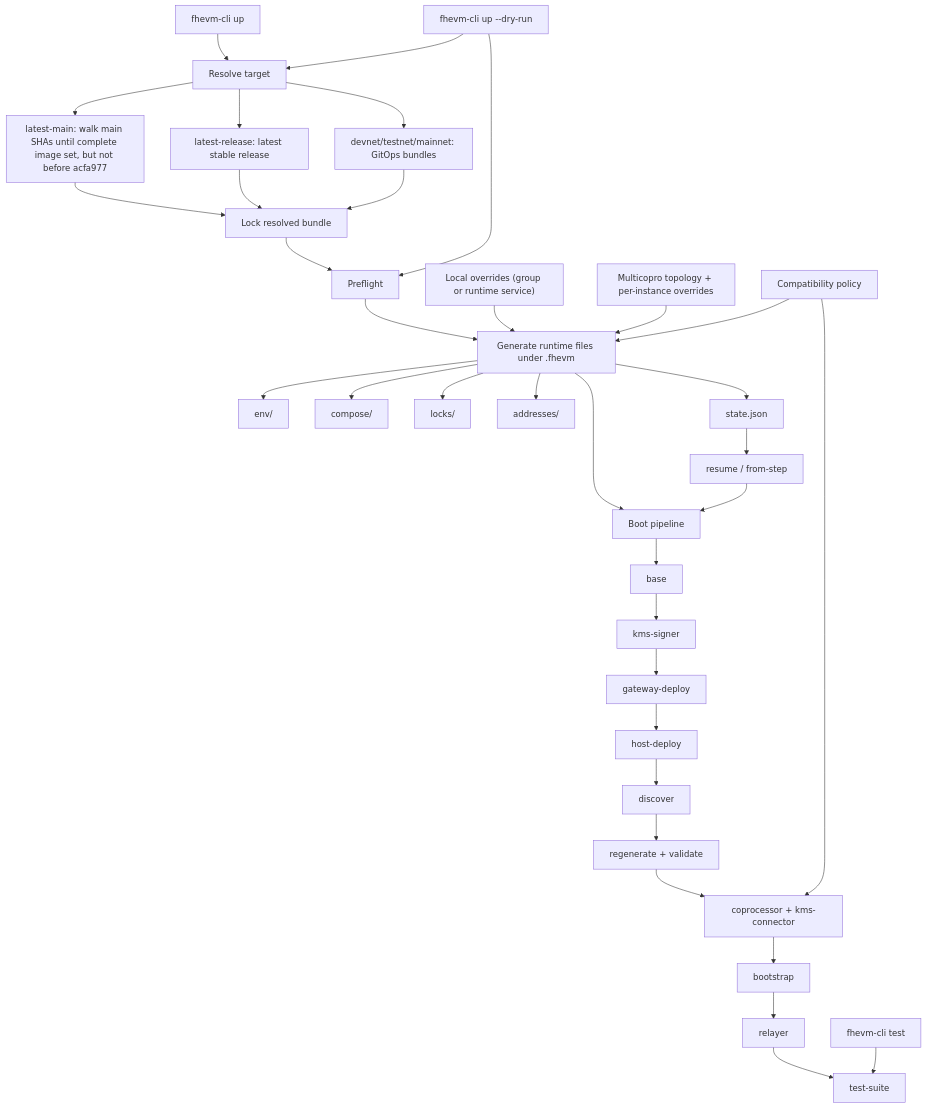
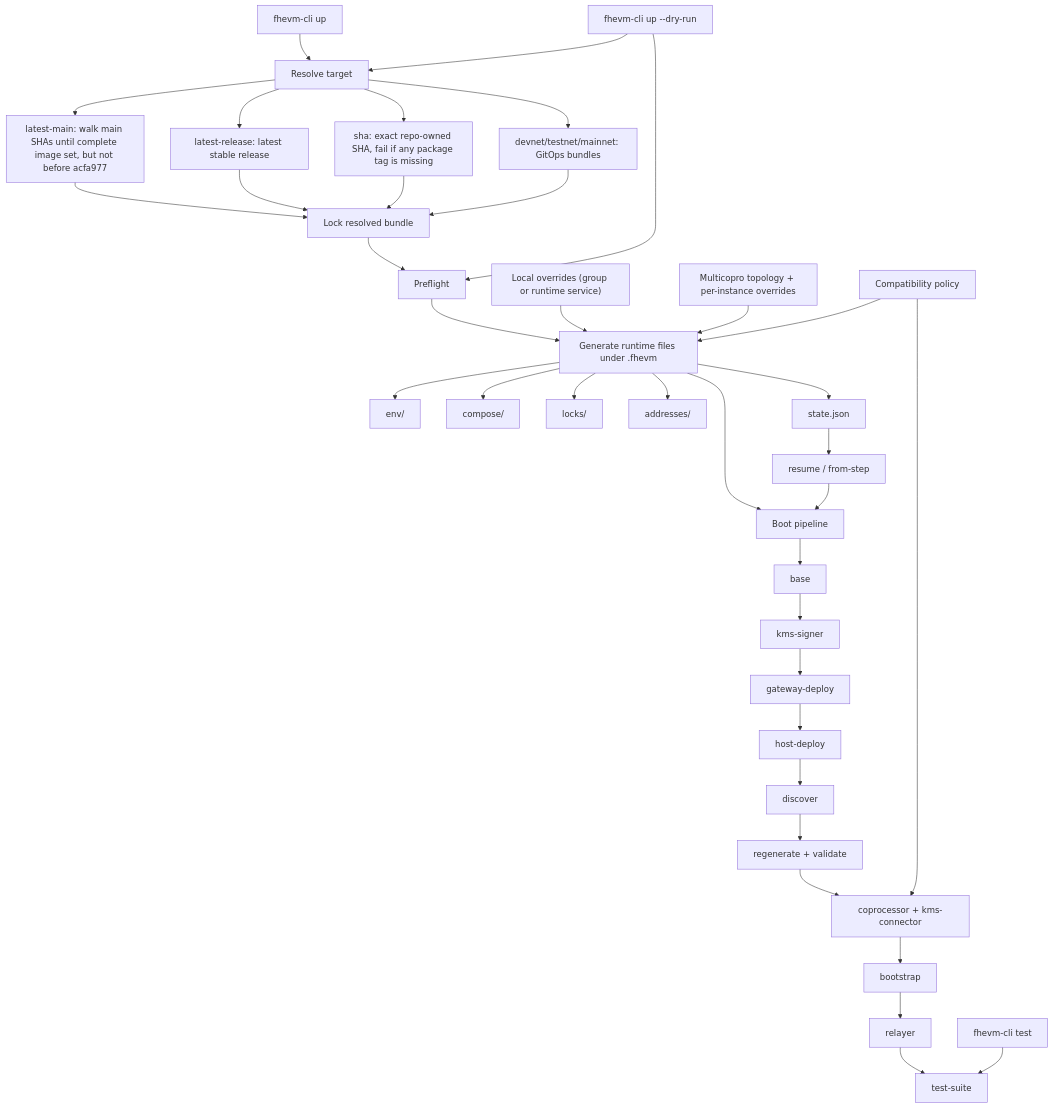
The diagram in test-suite/fhevm/ARCHITECTURE.md (zama-ai/fhevm), drawn with Mermaid before and after one commit. The commit also changed 7 other files, not shown here.

Commit message:
feat(test-suite): add exact sha target

````diff
--- a/test-suite/fhevm/ARCHITECTURE.md
+++ b/test-suite/fhevm/ARCHITECTURE.md
@@ -5,42 +5,44 @@
 ```mermaid
 flowchart TD
   A["fhevm-cli up"] --> B["Resolve target"]
   B --> B1["latest-main: walk main SHAs until complete image set, but not before acfa977"]
   B --> B2["latest-release: latest stable release"]
-  B --> B3["devnet/testnet/mainnet: GitOps bundles"]
+  B --> B3["sha: exact repo-owned SHA, fail if any package tag is missing"]
+  B --> B4["devnet/testnet/mainnet: GitOps bundles"]
   B1 --> C["Lock resolved bundle"]
   B2 --> C
   B3 --> C
+  B4 --> C
 
   C --> D["Preflight"]
   D --> E["Generate runtime files under .fhevm"]
   E --> E1["env/"]
   E --> E2["compose/"]
   E --> E3["locks/"]
   E --> E4["addresses/"]
   E --> E5["state.json"]
 
   E --> F["Boot pipeline"]
   F --> F1["base"]
   F1 --> F2["kms-signer"]
   F2 --> F3["gateway-deploy"]
   F3 --> F4["host-deploy"]
   F4 --> F5["discover"]
   F5 --> F6["regenerate + validate"]
   F6 --> F7["coprocessor + kms-connector"]
   F7 --> F8["bootstrap"]
   F8 --> F9["relayer"]
   F9 --> F10["test-suite"]
 
   G["Local overrides (group or runtime service)"] --> E
   H["Multicopro topology + per-instance overrides"] --> E
   I["Compatibility policy"] --> E
   I --> F7
 
   E5 --> J["resume / from-step"]
   J --> F
 
   K["fhevm-cli test"] --> F10
   L["fhevm-cli up --dry-run"] --> B
   L --> D
 ```
````
